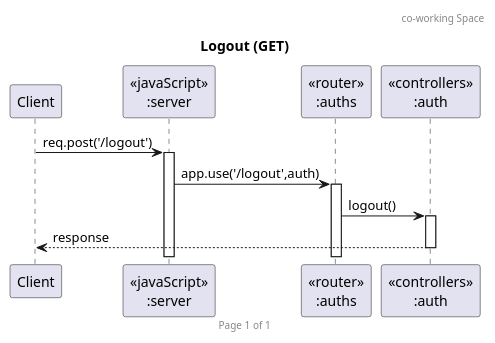
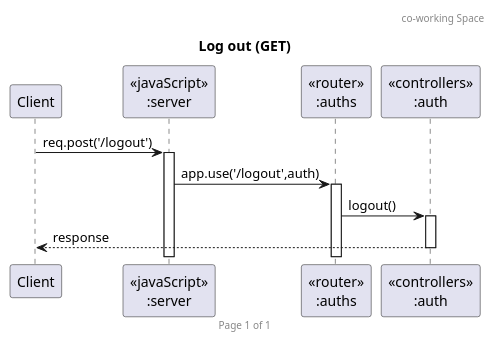
One commit to GavinITP/co-working-space-reservation changed the diagram in uml/coWorking_logout.puml. Above: the diagram before and after it, drawn with PlantUML. The commit also changed 1 other file, not shown here.

```diff
--- a/uml/coWorking_logout.puml
+++ b/uml/coWorking_logout.puml
@@ -1,21 +1,21 @@
 @startuml Logout (GET)
 
 header co-working Space 
 footer Page %page% of %lastpage%
-title "Logout (GET)"
+title "Log out (GET)"
 
 participant "Client" as client
 participant "<<javaScript>>\n:server" as server
 participant "<<router>>\n:auths" as routerAuth
 participant "<<controllers>>\n:auth" as controllersAuths
 ' participant "<<middleware>>\n:auth" as middleware
 ' participant "<<model>>\n:User" as modelUser  
 ' database "<<MongoDB>>\n:users" as UserDatabase
 
 client->server ++:req.post('/logout')
 server->routerAuth ++:app.use('/logout',auth)
 routerAuth -> controllersAuths ++:logout()
 controllersAuths --> client --:response
 ' routerAuth --> client --:response
 
 @enduml
```
